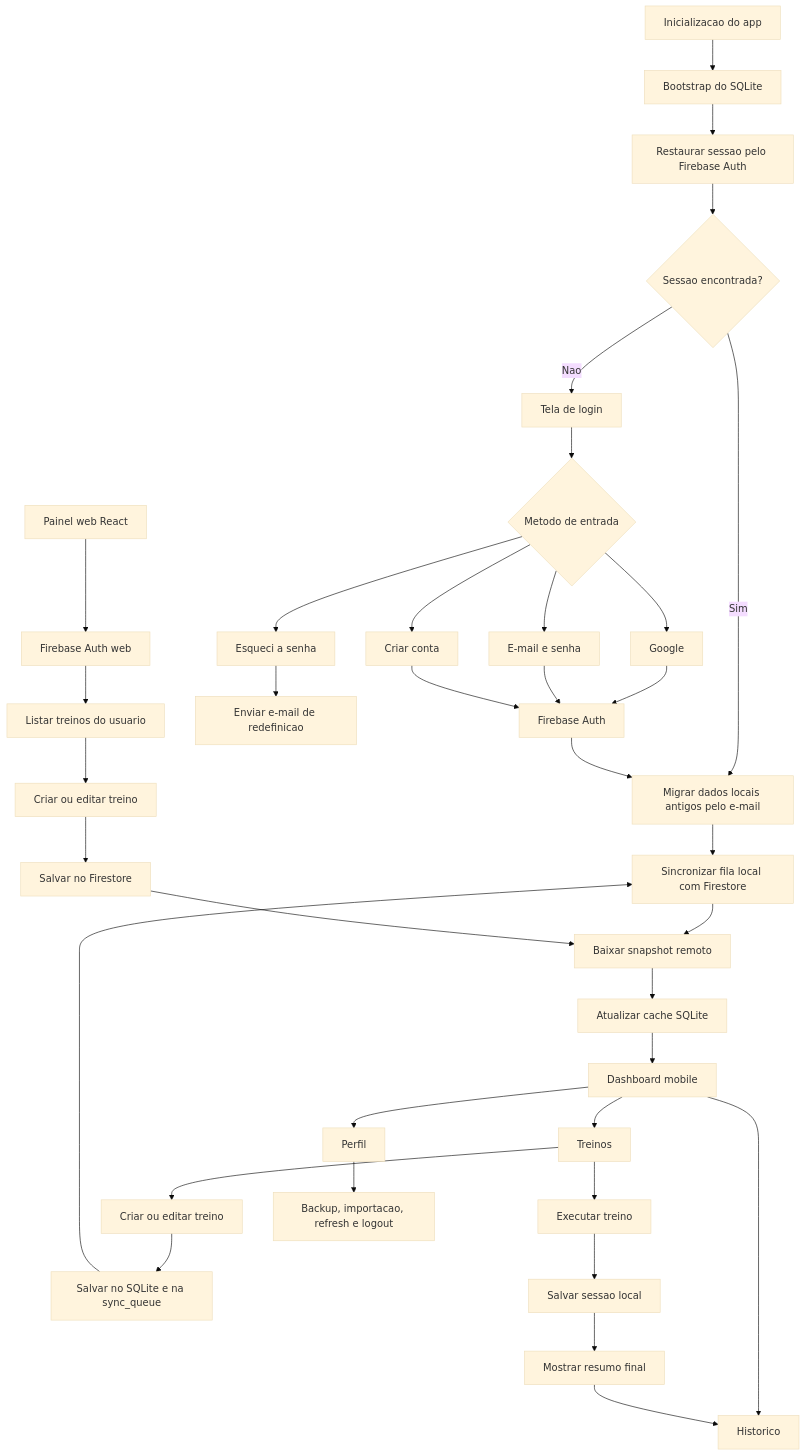
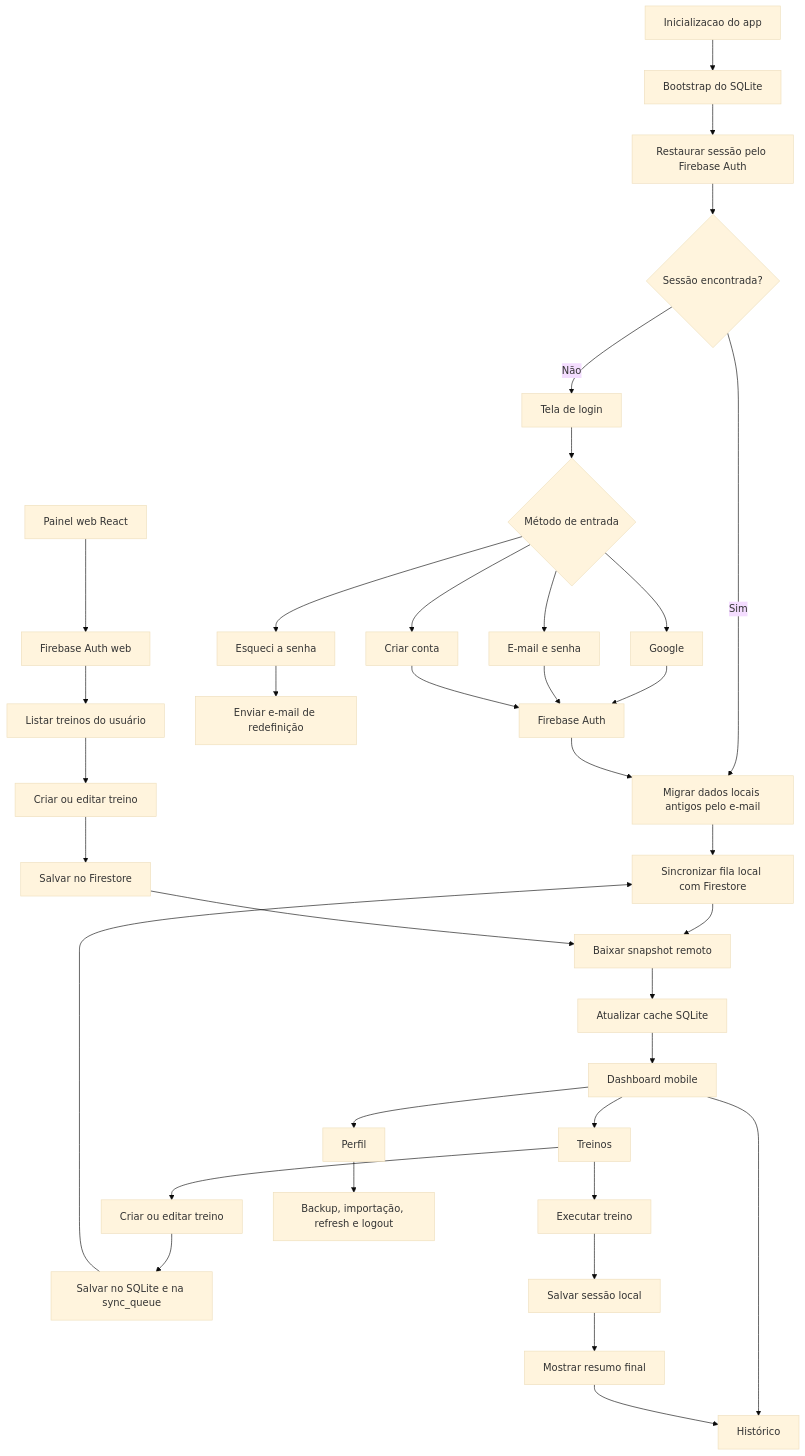
Before and after one commit to Samuellinx/LogGYM: the diagram in README.md, drawn with Mermaid (base theme). The commit also changed other lines of this file and 34 other files, not shown here.

````diff
--- a/README.md
+++ b/README.md
@@ -250,41 +250,41 @@
 ```mermaid
 flowchart TD
     A[Inicializacao do app] --> B[Bootstrap do SQLite]
-    B --> C[Restaurar sessao pelo Firebase Auth]
-    C --> D{Sessao encontrada?}
-    D -- Nao --> E[Tela de login]
+    B --> C[Restaurar sessão pelo Firebase Auth]
+    C --> D{Sessão encontrada?}
+    D -- Não --> E[Tela de login]
     D -- Sim --> F[Migrar dados locais antigos pelo e-mail]
     F --> G[Sincronizar fila local com Firestore]
     G --> H[Baixar snapshot remoto]
     H --> I[Atualizar cache SQLite]
     I --> J[Dashboard mobile]
 
-    E --> K{Metodo de entrada}
+    E --> K{Método de entrada}
     K --> L[Google]
     K --> M[E-mail e senha]
     K --> N[Criar conta]
     K --> O[Esqueci a senha]
     L --> P[Firebase Auth]
     M --> P
     N --> P
-    O --> Q[Enviar e-mail de redefinicao]
+    O --> Q[Enviar e-mail de redefinição]
     P --> F
 
     J --> R[Treinos]
-    J --> S[Historico]
+    J --> S[Histórico]
     J --> T[Perfil]
     R --> U[Criar ou editar treino]
     U --> V[Salvar no SQLite e na sync_queue]
     V --> G
     R --> W[Executar treino]
-    W --> X[Salvar sessao local]
+    W --> X[Salvar sessão local]
     X --> Y[Mostrar resumo final]
     Y --> S
-    T --> Z[Backup, importacao, refresh e logout]
+    T --> Z[Backup, importação, refresh e logout]
 
     AA[Painel web React] --> AB[Firebase Auth web]
-    AB --> AC[Listar treinos do usuario]
+    AB --> AC[Listar treinos do usuário]
     AC --> AD[Criar ou editar treino]
     AD --> AE[Salvar no Firestore]
     AE --> H
 ```
````
